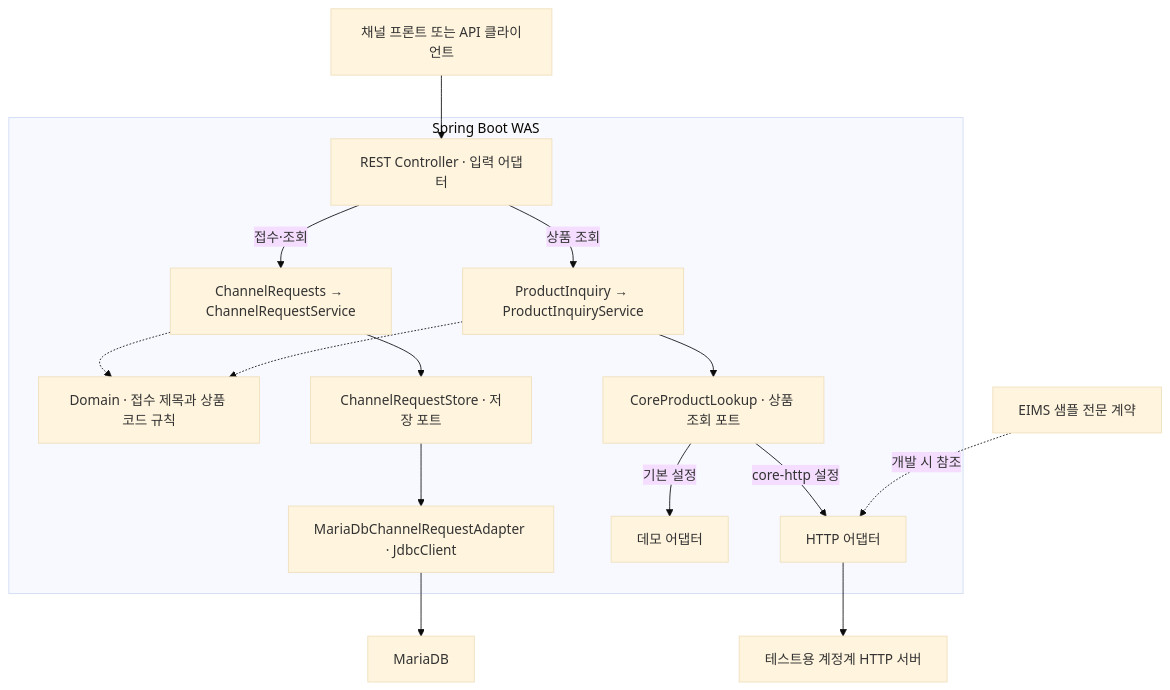
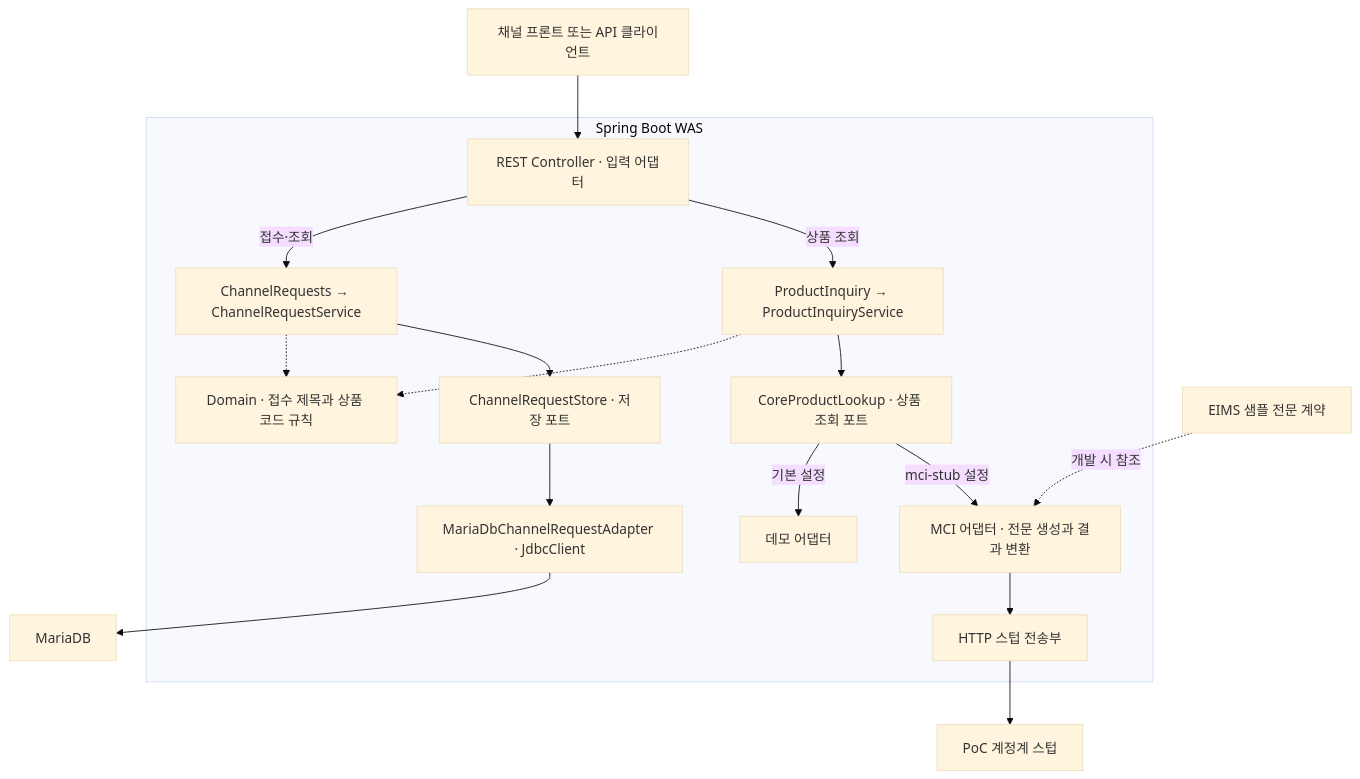
The first of 2 diagrams in README.md (arionk0905/chs-backend-hexagonal-poc), drawn with Mermaid (base theme) before and after one commit. The commit also changed other lines of this file and 5 other files, not shown here.

````diff
--- a/README.md
+++ b/README.md
@@ -7,27 +7,29 @@
 ```mermaid
 flowchart TD
     CLIENT["채널 프론트 또는 API 클라이언트"]
     subgraph WAS["Spring Boot WAS"]
         WEB["REST Controller · 입력 어댑터"]
         REQ["ChannelRequests → ChannelRequestService"]
         PROD["ProductInquiry → ProductInquiryService"]
         DOMAIN["Domain · 접수 제목과 상품 코드 규칙"]
         STORE["ChannelRequestStore · 저장 포트"]
         CORE["CoreProductLookup · 상품 조회 포트"]
         JDBC["MariaDbChannelRequestAdapter · JdbcClient"]
         DEMO["데모 어댑터"]
-        HTTP["HTTP 어댑터"]
+        MCI["MCI 어댑터 · 전문 생성과 결과 변환"]
+        TRANSPORT["HTTP 스텁 전송부"]
         WEB -->|접수·조회| REQ
         WEB -->|상품 조회| PROD
         REQ -.-> DOMAIN
         PROD -.-> DOMAIN
         REQ --> STORE --> JDBC
         PROD --> CORE
         CORE -->|기본 설정| DEMO
-        CORE -->|core-http 설정| HTTP
+        CORE -->|mci-stub 설정| MCI
+        MCI --> TRANSPORT
     end
     CLIENT --> WEB
     JDBC --> DB["MariaDB"]
-    HTTP --> STUB["테스트용 계정계 HTTP 서버"]
-    EIMS["EIMS 샘플 전문 계약"] -.->|개발 시 참조| HTTP
+    TRANSPORT --> STUB["PoC 계정계 스텁"]
+    EIMS["EIMS 샘플 전문 계약"] -.->|개발 시 참조| MCI
 ```
````
